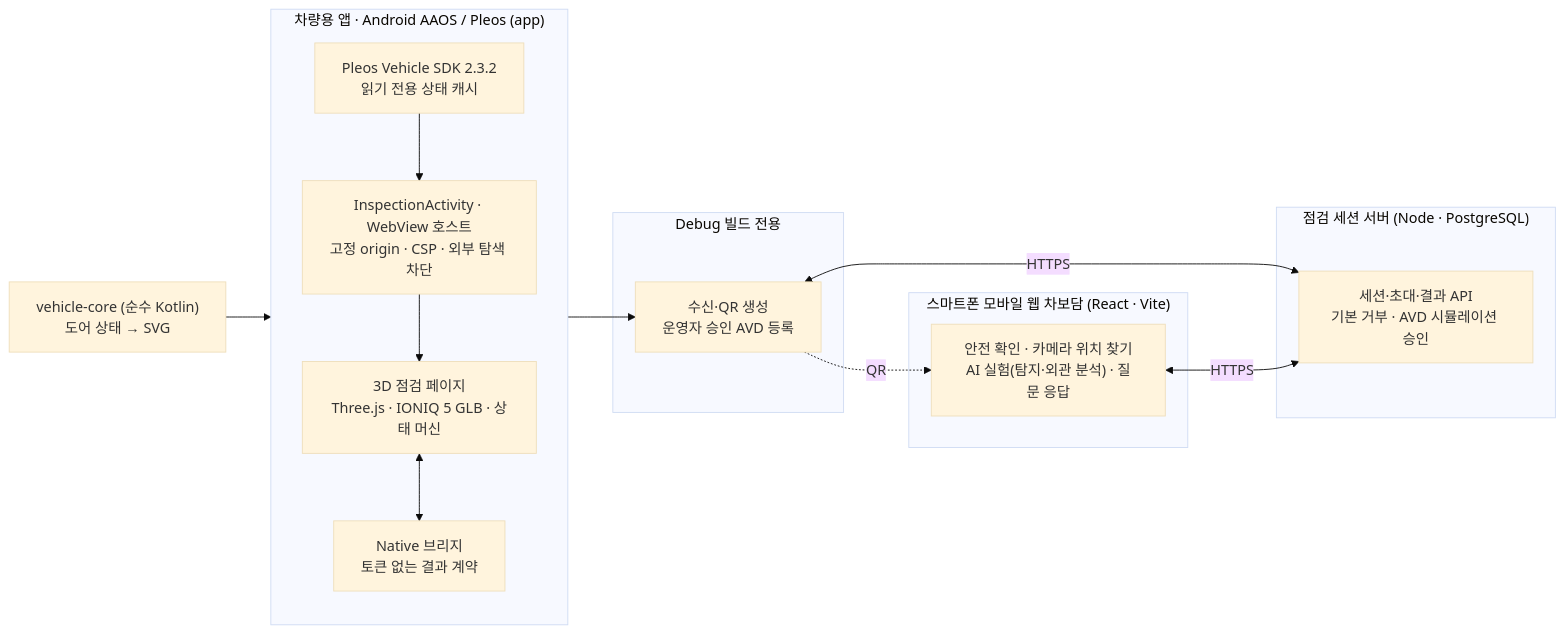
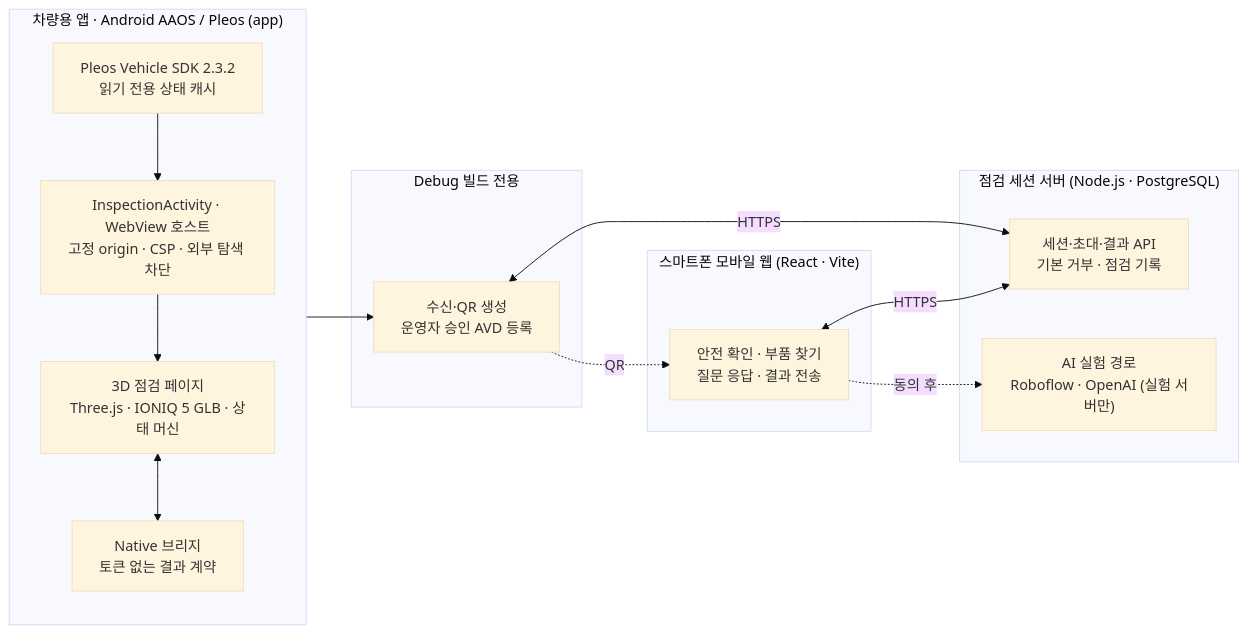
One commit to ppsssj/CarScope changed the diagram in README.md. Above: the diagram before and after it, drawn with Mermaid (base theme). The commit also changed other lines of this file and 8 other files, not shown here.

````diff
--- a/README.md
+++ b/README.md
@@ -153,27 +93,28 @@
 ```mermaid
 flowchart LR
   subgraph Car["차량용 앱 · Android AAOS / Pleos (app)"]
     direction TB
     PAGE["3D 점검 페이지<br/>Three.js · IONIQ 5 GLB · 상태 머신"]
     HOST["InspectionActivity · WebView 호스트<br/>고정 origin · CSP · 외부 탐색 차단"]
     SDK["Pleos Vehicle SDK 2.3.2<br/>읽기 전용 상태 캐시"]
     BRIDGE["Native 브리지<br/>토큰 없는 결과 계약"]
     SDK --> HOST
     HOST --> PAGE
     PAGE <--> BRIDGE
   end
   subgraph Debug["Debug 빌드 전용"]
     RECV["수신·QR 생성<br/>운영자 승인 AVD 등록"]
   end
-  subgraph Server["점검 세션 서버 (Node · PostgreSQL)"]
-    API["세션·초대·결과 API<br/>기본 거부 · AVD 시뮬레이션 승인"]
+  subgraph Server["점검 세션 서버 (Node.js · PostgreSQL)"]
+    API["세션·초대·결과 API<br/>기본 거부 · 점검 기록"]
+    AI["AI 실험 경로<br/>Roboflow · OpenAI (실험 서버만)"]
   end
-  subgraph Phone["스마트폰 모바일 웹 차보담 (React · Vite)"]
-    MOB["안전 확인 · 카메라 위치 찾기<br/>AI 실험(탐지·외관 분석) · 질문 응답"]
+  subgraph Phone["스마트폰 모바일 웹 (React · Vite)"]
+    MOB["안전 확인 · 부품 찾기<br/>질문 응답 · 결과 전송"]
   end
   BRIDGE --> RECV
   RECV <-->|"HTTPS"| API
   RECV -.->|"QR"| MOB
   MOB <-->|"HTTPS"| API
-  CORE["vehicle-core (순수 Kotlin)<br/>도어 상태 → SVG"] --> HOST
+  MOB -.->|"동의 후"| AI
 ```
````
